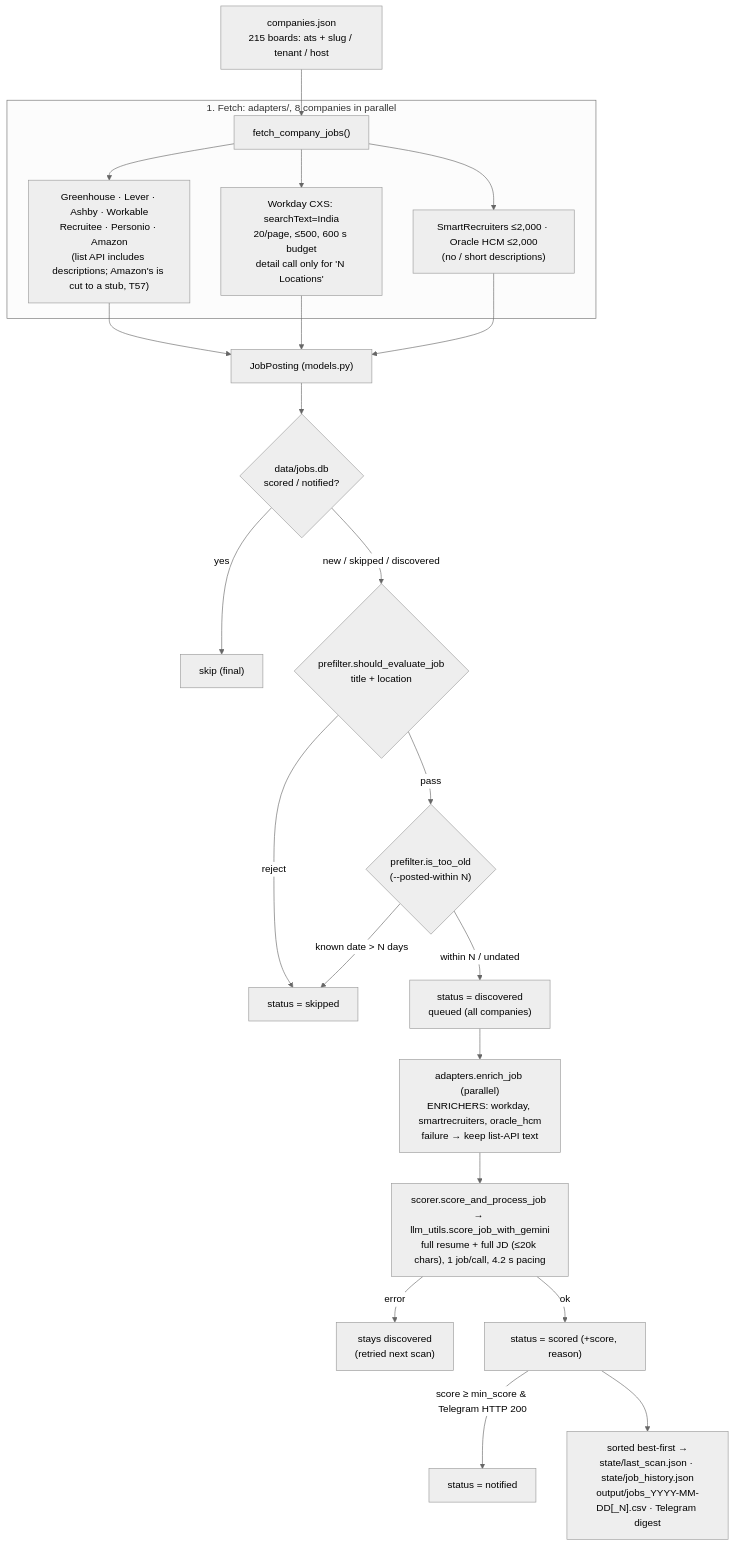
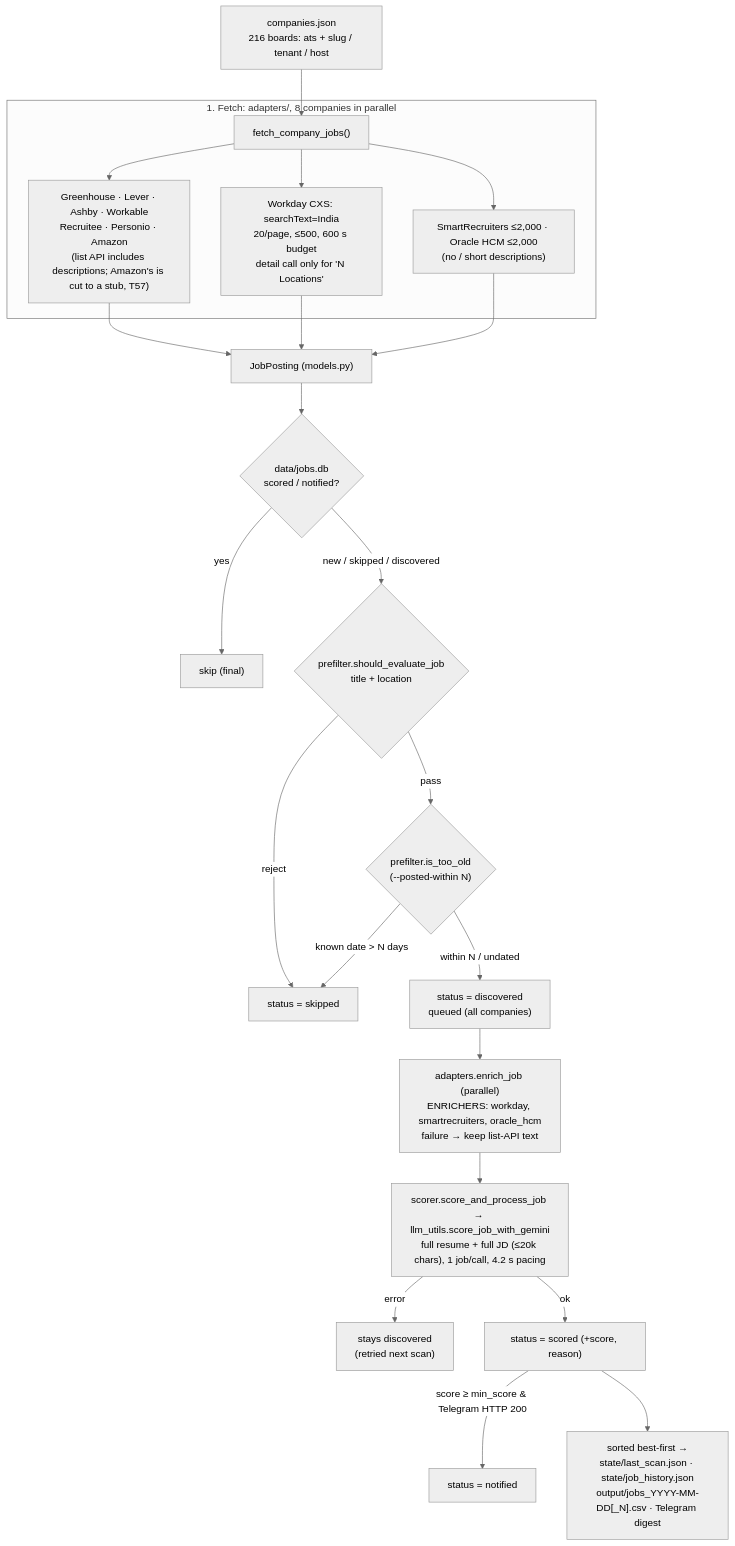
Before and after one commit to Manish814142/rolesight: the diagram in ARCHITECTURE.md, drawn with Mermaid (neutral theme). The commit also changed other lines of this file and 9 other files, not shown here.

````diff
--- a/ARCHITECTURE.md
+++ b/ARCHITECTURE.md
@@ -19,25 +19,25 @@
 ```mermaid
 flowchart TD
-    COMP["companies.json<br/>215 boards: ats + slug / tenant / host"] --> FETCH
+    COMP["companies.json<br/>216 boards: ats + slug / tenant / host"] --> FETCH
     subgraph Fetch ["1. Fetch: adapters/, 8 companies in parallel"]
         FETCH["fetch_company_jobs()"] --> LISTAPI["Greenhouse · Lever · Ashby · Workable<br/>Recruitee · Personio · Amazon<br/>(list API includes descriptions; Amazon's is cut to a stub, T57)"]
         FETCH --> WD["Workday CXS: searchText=India<br/>20/page, ≤500, 600 s budget<br/>detail call only for 'N Locations'"]
         FETCH --> SROH["SmartRecruiters ≤2,000 · Oracle HCM ≤2,000<br/>(no / short descriptions)"]
     end
     LISTAPI --> JP["JobPosting (models.py)"]
     WD --> JP
     SROH --> JP
     JP --> DEDUP{"data/jobs.db<br/>scored / notified?"}
     DEDUP -- yes --> SKIPF["skip (final)"]
     DEDUP -- "new / skipped / discovered" --> PF{"prefilter.should_evaluate_job<br/>title + location"}
     PF -- reject --> SKIPPED["status = skipped"]
     PF -- pass --> AGE{"prefilter.is_too_old<br/>(--posted-within N)"}
     AGE -- "known date > N days" --> SKIPPED
     AGE -- "within N / undated" --> QUEUE["status = discovered<br/>queued (all companies)"]
     QUEUE --> ENRICH["adapters.enrich_job (parallel)<br/>ENRICHERS: workday, smartrecruiters, oracle_hcm<br/>failure → keep list-API text"]
     ENRICH --> SCORE["scorer.score_and_process_job → llm_utils.score_job_with_gemini<br/>full resume + full JD (≤20k chars), 1 job/call, 4.2 s pacing"]
     SCORE -- error --> DISC["stays discovered<br/>(retried next scan)"]
     SCORE -- ok --> SCORED["status = scored (+score, reason)"]
     SCORED -- "score ≥ min_score & Telegram HTTP 200" --> NOTIFIED["status = notified"]
     SCORED --> OUT["sorted best-first →<br/>state/last_scan.json · state/job_history.json<br/>output/jobs_YYYY-MM-DD[_N].csv · Telegram digest"]
 ```
````
